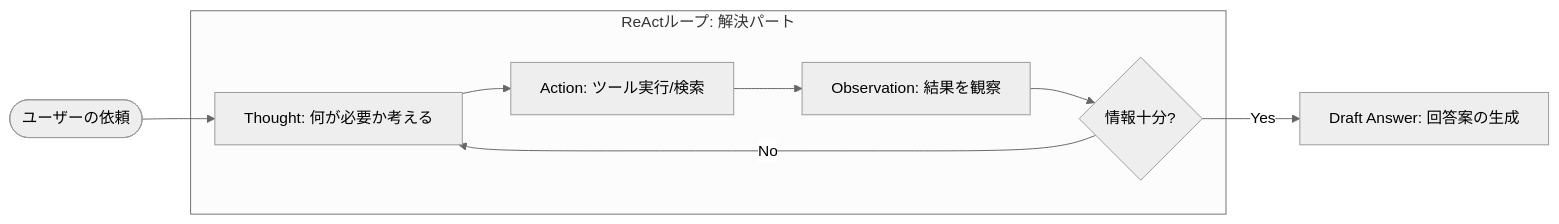
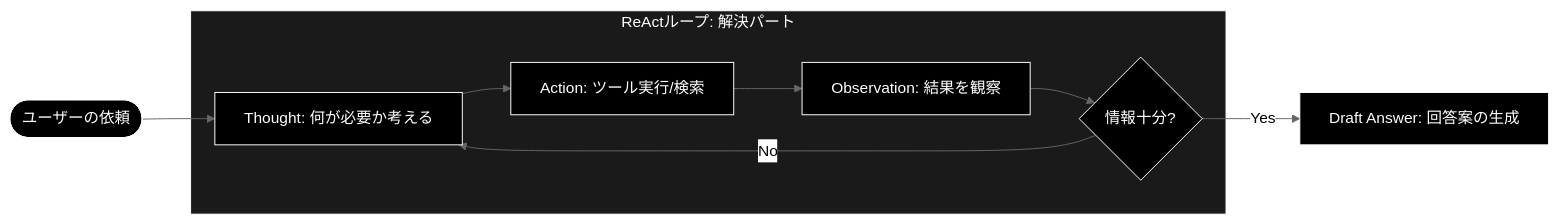
The fourth of 10 diagrams in readme_react_reflection.md (nakashima2toshio/ollama_grace_agent_v2), drawn with Mermaid (neutral theme) before and after one commit. The commit also changed other lines of this file and 7 other files, not shown here.

````diff
--- a/readme_react_reflection.md
+++ b/readme_react_reflection.md
@@ -414,11 +490,15 @@
 ```mermaid
 flowchart LR
-    Start([ユーザーの依頼]) --> Thought1
-    subgraph ReAct_Loop [ReActループ: 解決パート]
-        Thought1[Thought: 何が必要か考える] --> Action[Action: ツール実行/検索]
-        Action --> Observation[Observation: 結果を観察]
-        Observation --> Decision{情報十分?}
+    Start(["ユーザーの依頼"]) --> Thought1
+    subgraph ReAct_Loop ["ReActループ: 解決パート"]
+        Thought1["Thought: 何が必要か考える"] --> Action["Action: ツール実行/検索"]
+        Action --> Observation["Observation: 結果を観察"]
+        Observation --> Decision{"情報十分?"}
         Decision -- No --> Thought1
     end
-    Decision -- Yes --> FinalAns[Draft Answer: 回答案の生成]
+    Decision -- Yes --> FinalAns["Draft Answer: 回答案の生成"]
+classDef default fill:#000,stroke:#fff,color:#fff
+classDef subgraphStyle fill:#1a1a1a,stroke:#fff,color:#fff
+class Start,Thought1,Action,Observation,Decision,FinalAns default
+style ReAct_Loop fill:#1a1a1a,stroke:#fff,color:#fff
 ```
````
